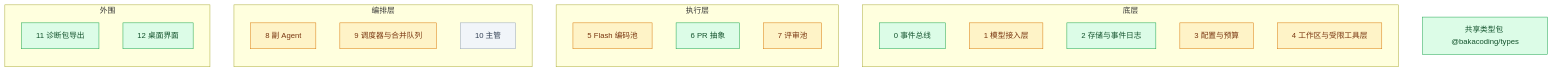
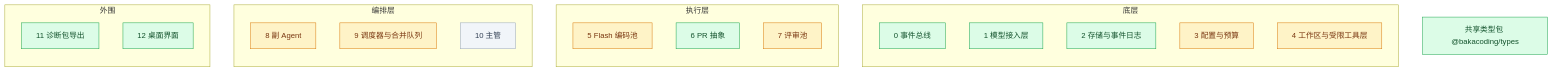
One commit to Akarin7784/BakaCoding changed the diagram in docs/progress.md. Above: the diagram before and after it, drawn with Mermaid. The commit also changed other lines of this file, not shown here.

Commit message:
docs: progress.md 更新 #39（T-004）合入记录与 main 测试数；模块 1 完成

````diff
--- a/docs/progress.md
+++ b/docs/progress.md
@@ -11,33 +11,33 @@
 ```mermaid
 flowchart BT
   subgraph 底层
     M0[0 事件总线]
     M1[1 模型接入层]
     M2[2 存储与事件日志]
     M3[3 配置与预算]
     M4[4 工作区与受限工具层]
   end
   subgraph 执行层
     M5[5 Flash 编码池]
     M6[6 PR 抽象]
     M7[7 评审池]
   end
   subgraph 编排层
     M8[8 副 Agent]
     M9[9 调度器与合并队列]
     M10[10 主管]
   end
   subgraph 外围
     M11[11 诊断包导出]
     M12[12 桌面界面]
   end
   T[共享类型包 @bakacoding/types]
 
   classDef todo fill:#f1f5f9,stroke:#94a3b8,color:#334155
   classDef doing fill:#fef3c7,stroke:#d97706,color:#78350f
   classDef done fill:#dcfce7,stroke:#16a34a,color:#14532d
 
-  class M0,M2,M6,M11,M12,T done
-  class M1,M3,M4,M5,M7,M8,M9 doing
+  class M0,M1,M2,M6,M11,M12,T done
+  class M3,M4,M5,M7,M8,M9 doing
   class M10 todo
 ```
````
